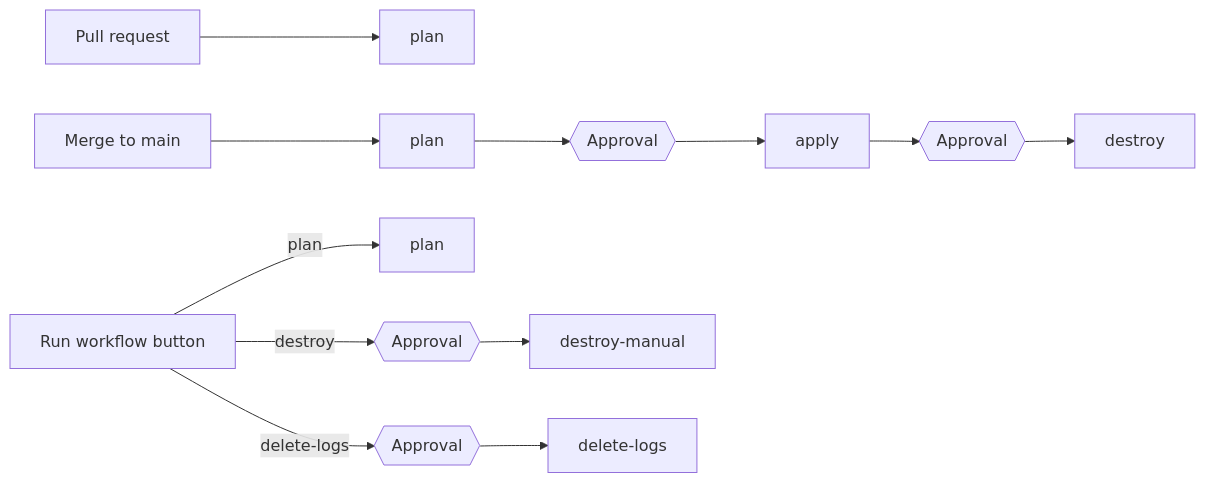
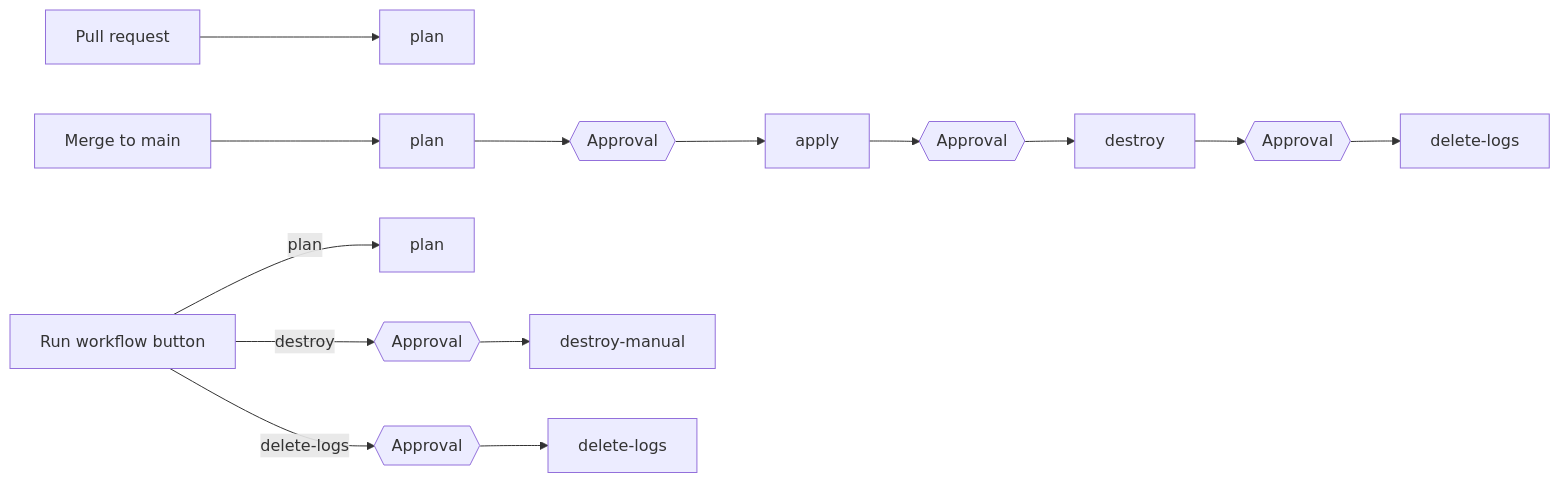
The diagram in README.md (sushantsur23/OIDC-terraform-connection), drawn with Mermaid before and after one commit. The commit also changed other lines of this file and 1 other file, not shown here.

Commit message:
fixing delee logs stage

````diff
--- a/README.md
+++ b/README.md
@@ -50,10 +50,11 @@
 ```mermaid
 flowchart LR
     PR[Pull request] --> P1[plan]
     Push[Merge to main] --> P2[plan]
     P2 --> A{{Approval}} --> AP[apply]
     AP --> D{{Approval}} --> DS[destroy]
+    DS --> L{{Approval}} --> DL2[delete-logs]
     Manual[Run workflow button] -->|plan| P3[plan]
     Manual -->|destroy| D2{{Approval}} --> DM[destroy-manual]
     Manual -->|delete-logs| D3{{Approval}} --> DL[delete-logs]
 ```
````
